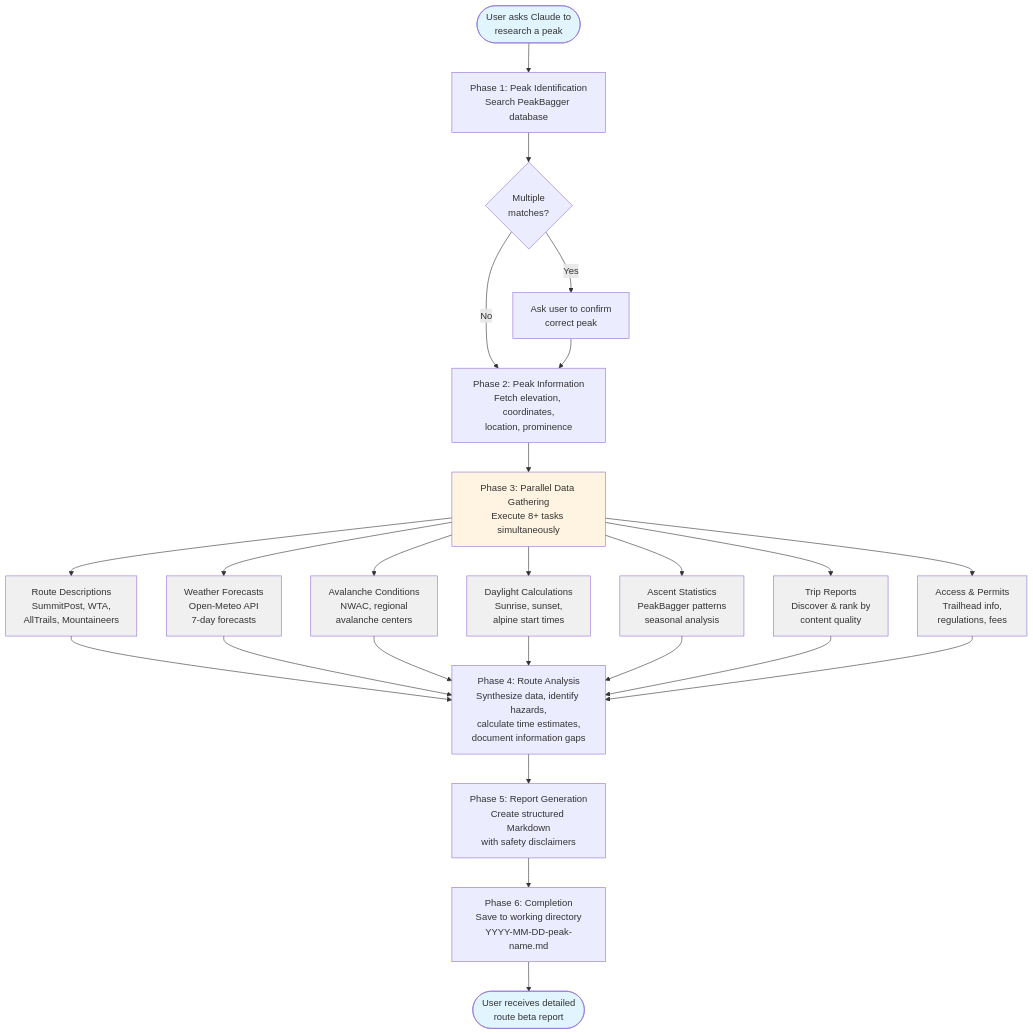
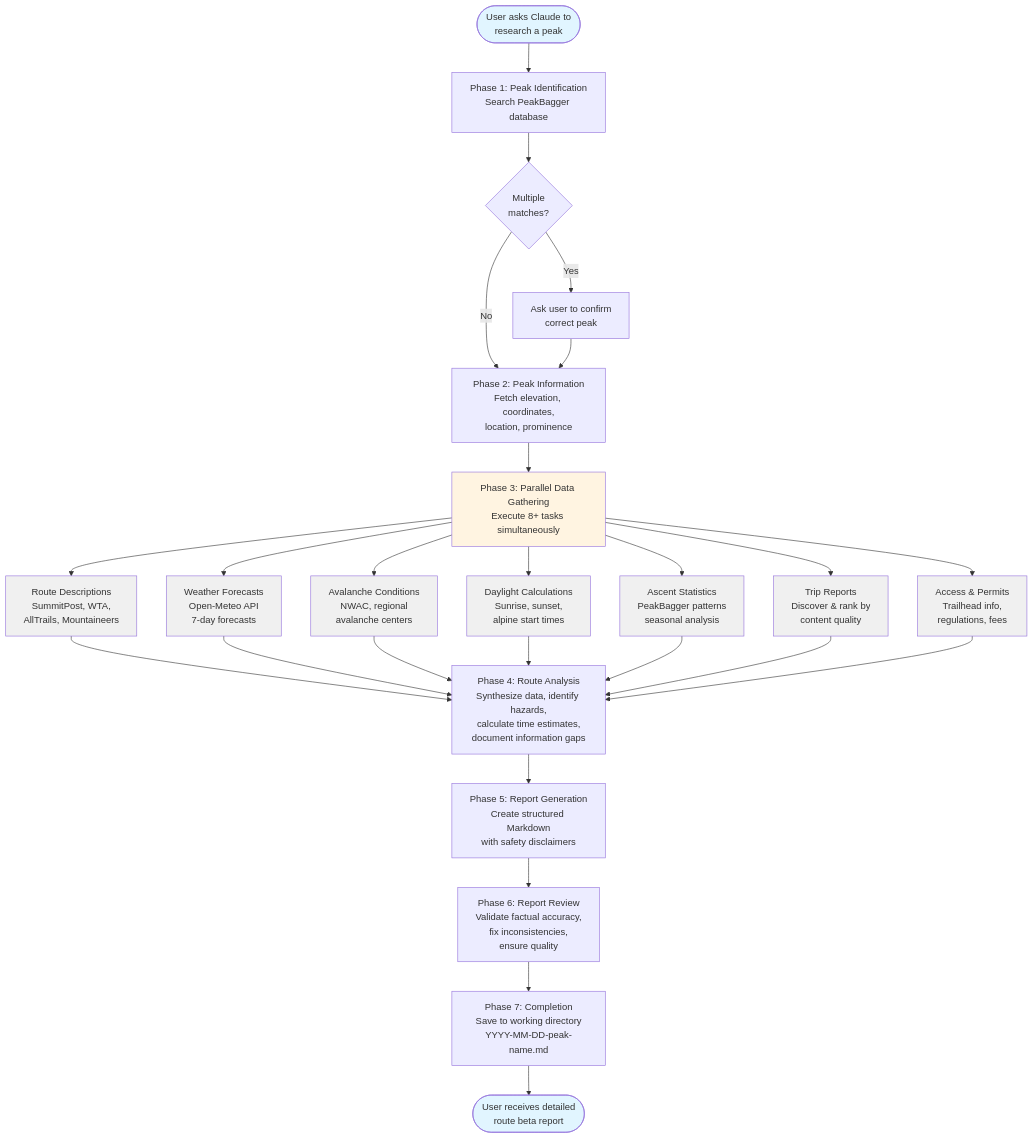
The diagram in README.md (dreamiurg/claude-mountaineering-skills), drawn with Mermaid before and after one commit. The commit also changed other lines of this file and 2 other files, not shown here.

First line of the commit message:
feat: add automated report review and validation

````diff
--- a/README.md
+++ b/README.md
@@ -75,45 +75,47 @@
 ```mermaid
 graph TB
     Start([User asks Claude to<br/>research a peak]) --> Search[Phase 1: Peak Identification<br/>Search PeakBagger database]
     Search --> Match{Multiple<br/>matches?}
     Match -->|Yes| Confirm[Ask user to confirm<br/>correct peak]
     Match -->|No| Info
     Confirm --> Info[Phase 2: Peak Information<br/>Fetch elevation, coordinates,<br/>location, prominence]
 
     Info --> Parallel[Phase 3: Parallel Data Gathering<br/>Execute 8+ tasks simultaneously]
 
     Parallel --> Routes[Route Descriptions<br/>SummitPost, WTA,<br/>AllTrails, Mountaineers]
     Parallel --> Weather[Weather Forecasts<br/>Open-Meteo API<br/>7-day forecasts]
     Parallel --> Avy[Avalanche Conditions<br/>NWAC, regional<br/>avalanche centers]
     Parallel --> Day[Daylight Calculations<br/>Sunrise, sunset,<br/>alpine start times]
     Parallel --> Stats[Ascent Statistics<br/>PeakBagger patterns<br/>seasonal analysis]
     Parallel --> Reports[Trip Reports<br/>Discover & rank by<br/>content quality]
     Parallel --> Access[Access & Permits<br/>Trailhead info,<br/>regulations, fees]
 
     Routes --> Analyze
     Weather --> Analyze
     Avy --> Analyze
     Day --> Analyze
     Stats --> Analyze
     Reports --> Analyze
     Access --> Analyze
 
     Analyze[Phase 4: Route Analysis<br/>Synthesize data, identify hazards,<br/>calculate time estimates,<br/>document information gaps]
 
     Analyze --> Generate[Phase 5: Report Generation<br/>Create structured Markdown<br/>with safety disclaimers]
 
-    Generate --> Save[Phase 6: Completion<br/>Save to working directory<br/>YYYY-MM-DD-peak-name.md]
+    Generate --> Review[Phase 6: Report Review<br/>Validate factual accuracy,<br/>fix inconsistencies,<br/>ensure quality]
+
+    Review --> Save[Phase 7: Completion<br/>Save to working directory<br/>YYYY-MM-DD-peak-name.md]
 
     Save --> End([User receives detailed<br/>route beta report])
 
     style Start fill:#e1f5ff
     style End fill:#e1f5ff
     style Parallel fill:#fff4e1
     style Routes fill:#f0f0f0
     style Weather fill:#f0f0f0
     style Avy fill:#f0f0f0
     style Day fill:#f0f0f0
     style Stats fill:#f0f0f0
     style Reports fill:#f0f0f0
     style Access fill:#f0f0f0
 ```
````
